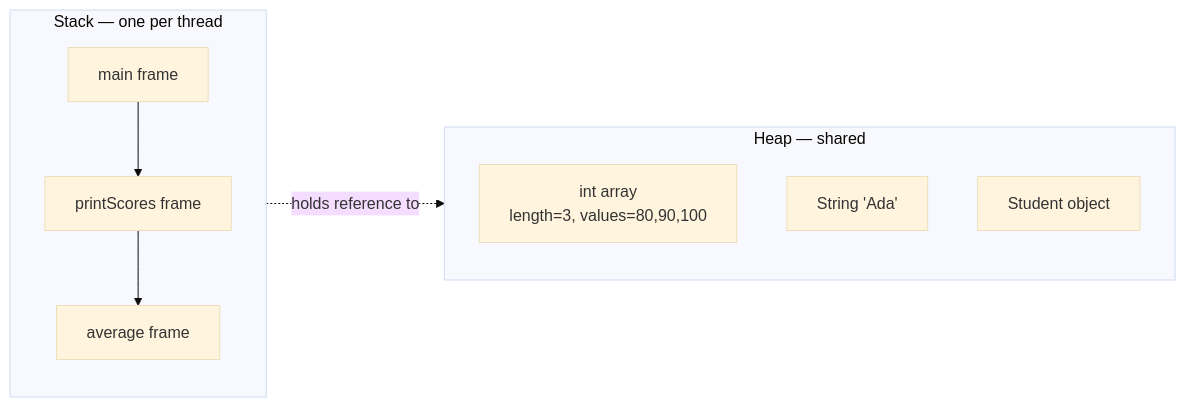
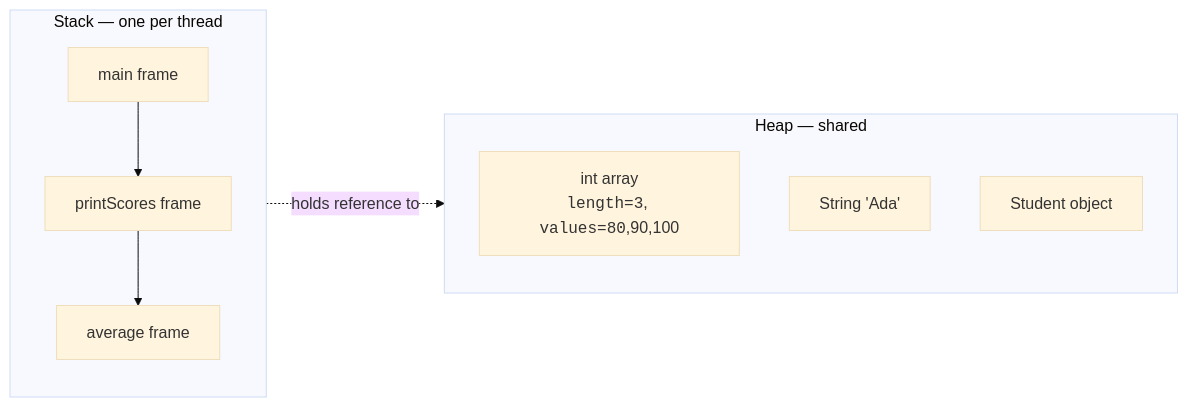
One commit to dataslope/dataslope changed the first of 5 diagrams in content/learn/java-programming-for-beginners/stack-and-heap.mdx. Above: the diagram before and after it, drawn with Mermaid (base theme). The commit also changed other lines of this file and 100 other files, not shown here.

First line of the commit message:
Wrap more code in diagram labels: filenames, hex, assignments, subgraph titles

````diff
--- a/content/learn/java-programming-for-beginners/stack-and-heap.mdx
+++ b/content/learn/java-programming-for-beginners/stack-and-heap.mdx
@@ -13,17 +13,17 @@
 ```mermaid
 flowchart LR
     subgraph Stack[Stack — one per thread]
         direction TB
         F1[main frame]
         F2[printScores frame]
         F3[average frame]
         F1 --> F2 --> F3
     end
     subgraph Heap[Heap — shared]
         direction TB
-        O1[int array<br/>length=3, values=80,90,100]
+        O1["int array<br/><code>length=3</code>, <code>values=80</code>,90,100"]
         O2[String 'Ada']
         O3[Student object]
     end
     F2 -. holds reference to .-> O1
 ```
````
